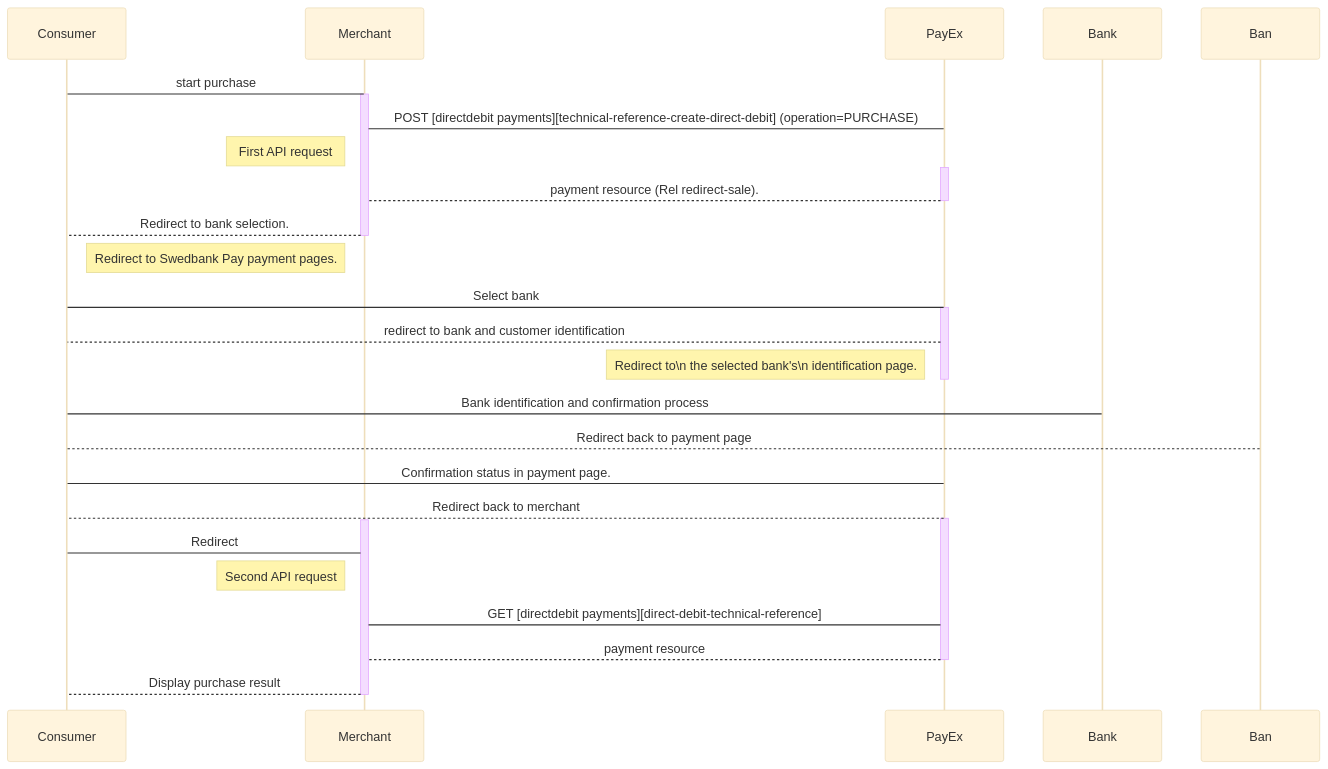
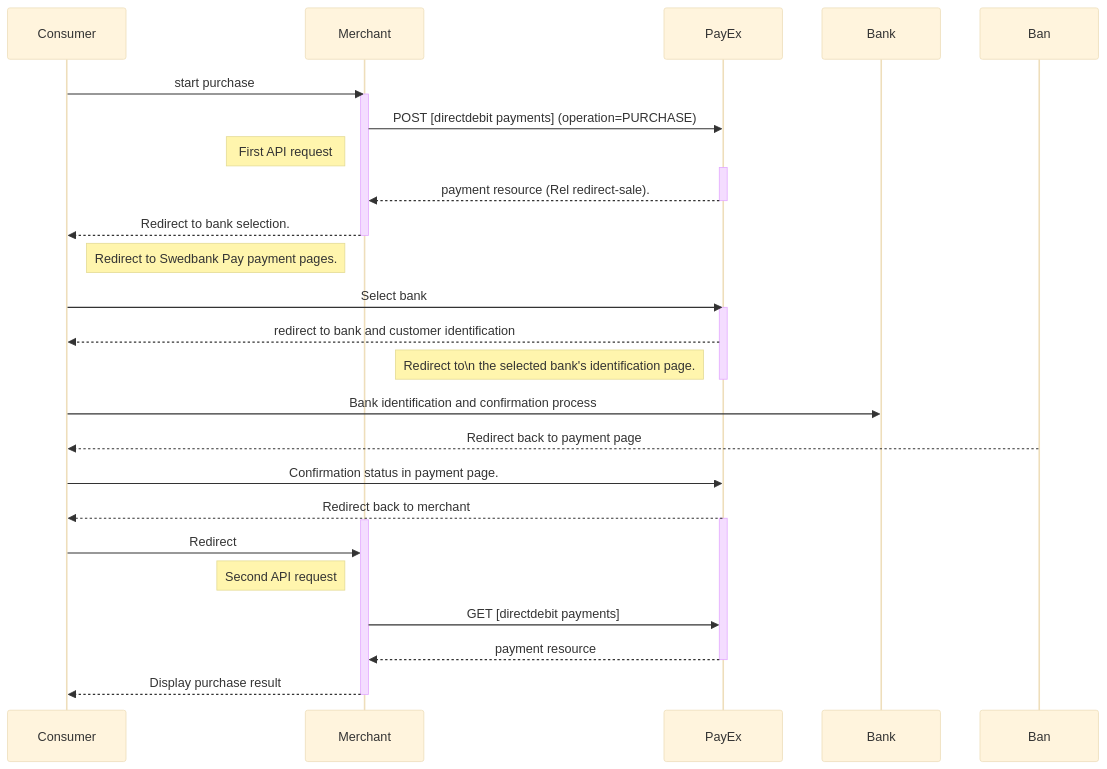
The first of 3 diagrams in payments/direct-debit/index.md (SwedbankPay/developer.swedbankpay.com), drawn with Mermaid (base theme) before and after one commit. The commit also changed other lines of this file, not shown here.

Commit message:
DX-310 Format direct debit index

````diff
--- a/payments/direct-debit/index.md
+++ b/payments/direct-debit/index.md
@@ -66,35 +89,35 @@
 ```mermaid
 sequenceDiagram
-  Consumer->Merchant: start purchase
+  Consumer->>Merchant: start purchase
   Activate Merchant
-  Merchant->PayEx: POST [directdebit payments][technical-reference-create-direct-debit]  (operation=PURCHASE)
+  Merchant->>PayEx: POST [directdebit payments] (operation=PURCHASE)
   note left of Merchant: First API request
   Activate PayEx
-  PayEx-->Merchant: payment resource (Rel redirect-sale).
+  PayEx-->>Merchant: payment resource (Rel redirect-sale).
   Deactivate PayEx
 
-  Merchant-->Consumer: Redirect to bank selection.
+  Merchant-->>Consumer: Redirect to bank selection.
   Deactivate Merchant
   note left of Merchant: Redirect to Swedbank Pay payment pages.
-  Consumer->PayEx: Select bank
+  Consumer->>PayEx: Select bank
   Activate PayEx
   
-  PayEx-->Consumer: redirect to bank and customer identification
-  note left of PayEx: Redirect to\n the selected bank's\n identification page.
+  PayEx-->>Consumer: redirect to bank and customer identification
+  note left of PayEx: Redirect to\n the selected bank's identification page.
   Deactivate PayEx
 
-  Consumer-> Bank: Bank identification and confirmation process
-  Ban-->Consumer: Redirect back to payment page
+  Consumer->> Bank: Bank identification and confirmation process
+  Ban-->>Consumer: Redirect back to payment page
 
-  Consumer->PayEx: Confirmation status in payment page.
-  PayEx-->Consumer: Redirect back to merchant
+  Consumer->>PayEx: Confirmation status in payment page.
+  PayEx-->>Consumer: Redirect back to merchant
   Activate PayEx
   Activate Merchant
-  Consumer->Merchant : Redirect
+  Consumer->>Merchant : Redirect
   note left of Merchant: Second API request 
-  Merchant->PayEx: GET [directdebit payments][direct-debit-technical-reference]
-  PayEx-->Merchant: payment resource
+  Merchant->>PayEx: GET [directdebit payments]
+  PayEx-->>Merchant: payment resource
   Deactivate PayEx
-  Merchant-->Consumer: Display purchase result
+  Merchant-->>Consumer: Display purchase result
   Deactivate Merchant
 ```
````
